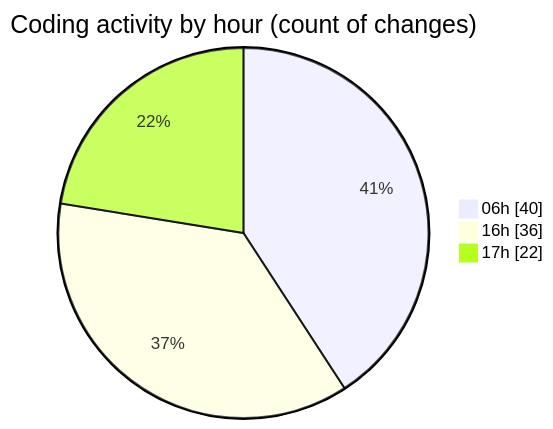
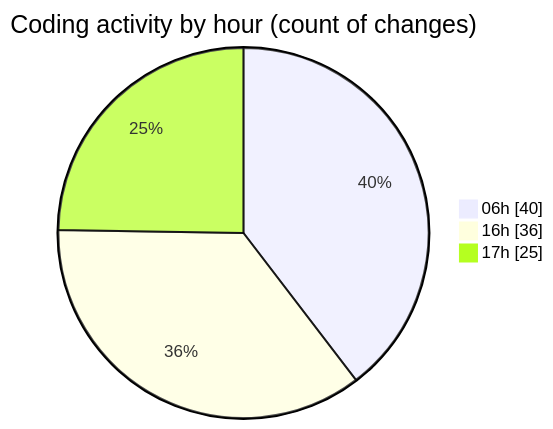
Before and after one commit to charlie-sans/code-tracking: the second of 2 diagrams in 2025-02-25/micros/README.md, drawn with Mermaid. The commit also changed other lines of this file and 1 other file, not shown here.

````diff
--- a/2025-02-25/micros/README.md
+++ b/2025-02-25/micros/README.md
@@ -62,7 +65,7 @@
 ```mermaid
 pie showData
 title Coding activity by hour (count of changes)
 "06h" : 40
 "16h" : 36
-"17h" : 22
+"17h" : 25
 ```
````
